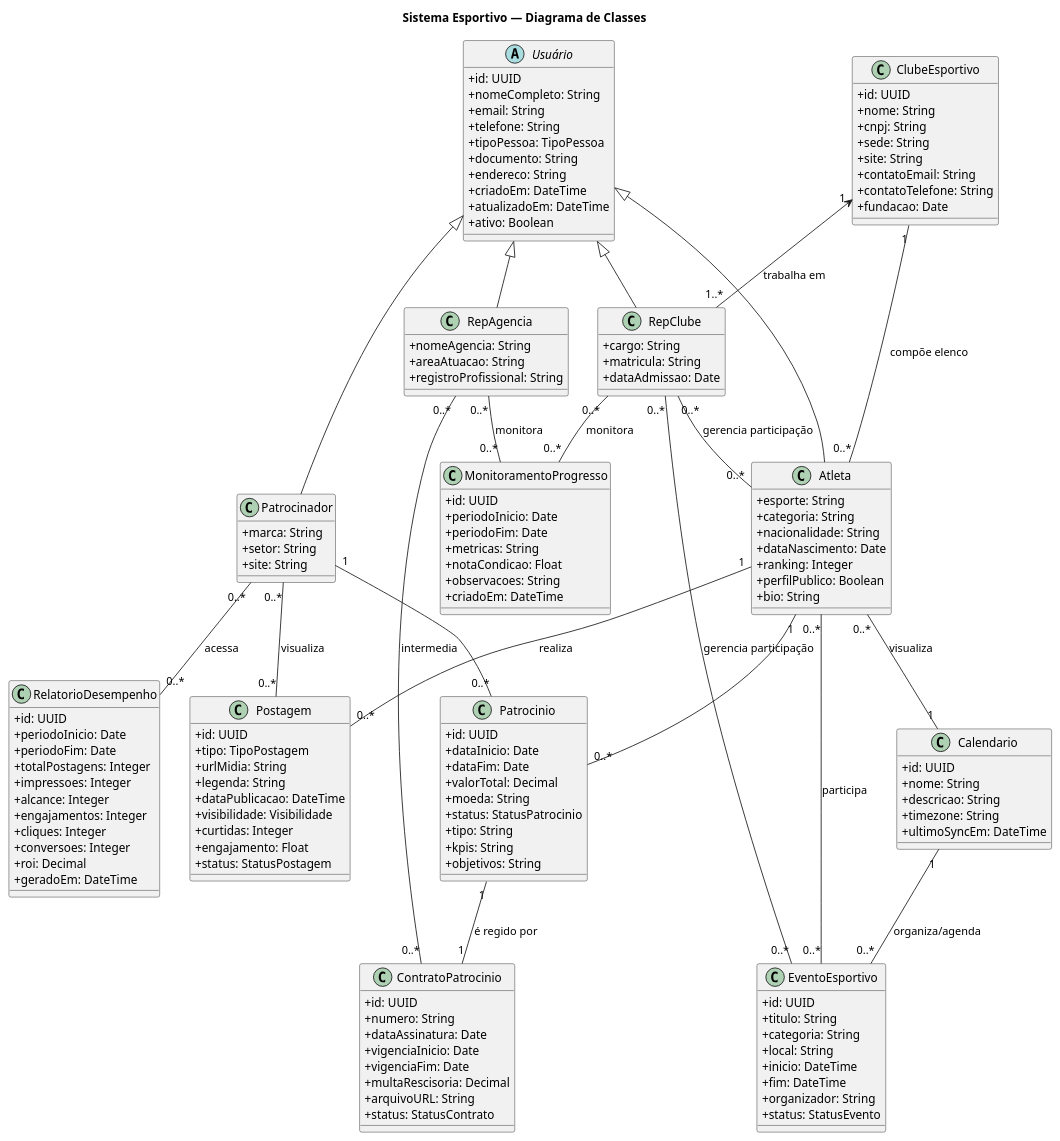
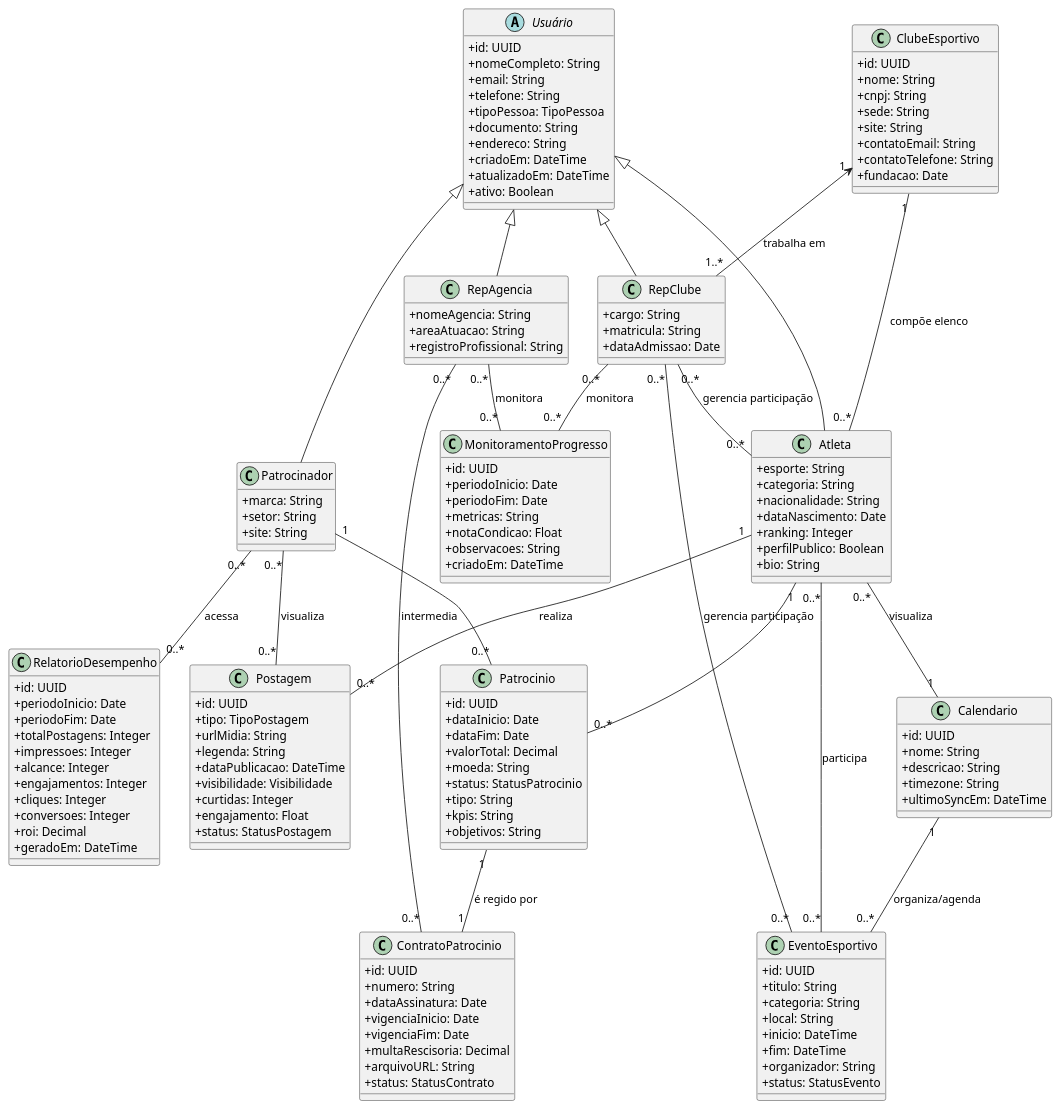
The diagram in DescricaoAtividadesRealizadas/AvaliacaoDiretrizes/Sistema1-Atletas/diagramaClasses-atletas.puml (carloshenriquehannas/TCC), drawn with PlantUML before and after one commit. The commit also changed 25 other files, not shown here.

```diff
--- a/DescricaoAtividadesRealizadas/AvaliacaoDiretrizes/Sistema1-Atletas/diagramaClasses-atletas.puml
+++ b/DescricaoAtividadesRealizadas/AvaliacaoDiretrizes/Sistema1-Atletas/diagramaClasses-atletas.puml
@@ -1,168 +1,167 @@
 @startuml diagramaClasses - atletas
-title Sistema Esportivo — Diagrama de Classes
 skinparam classAttributeIconSize 0
 
 ' ======== Papéis e atores como classes de domínio ========
 abstract class Usuário {
   +id: UUID
   +nomeCompleto: String
   +email: String
   +telefone: String
   +tipoPessoa: TipoPessoa           
   +documento: String                
   +endereco: String
   +criadoEm: DateTime
   +atualizadoEm: DateTime
   +ativo: Boolean
 }
 
 class Atleta {
   +esporte: String
   +categoria: String                
   +nacionalidade: String
   +dataNascimento: Date
   +ranking: Integer
   +perfilPublico: Boolean
   +bio: String
 }
 
 class Patrocinador {
   +marca: String
   +setor: String                    
   +site: String
 }
 
 class RepAgencia {
   +nomeAgencia: String
   +areaAtuacao: String
   +registroProfissional: String
 }
 
 class RepClube {
   +cargo: String
   +matricula: String
   +dataAdmissao: Date
 }
 
 ' Herança já definida
 Usuário <|-- Atleta
 Usuário <|-- Patrocinador
 Usuário <|-- RepAgencia
 Usuário <|-- RepClube
 
 ' ======== Conteúdo & Publicações ========
 class Postagem {
   +id: UUID
   +tipo: TipoPostagem               
   +urlMidia: String
   +legenda: String
   +dataPublicacao: DateTime
   +visibilidade: Visibilidade       
   +curtidas: Integer
   +engajamento: Float               
   +status: StatusPostagem           
 }
 
 ' ======== Interações & Relatórios ========
 class RelatorioDesempenho {
   +id: UUID
   +periodoInicio: Date
   +periodoFim: Date
   +totalPostagens: Integer
   +impressoes: Integer
   +alcance: Integer
   +engajamentos: Integer
   +cliques: Integer
   +conversoes: Integer
   +roi: Decimal
   +geradoEm: DateTime
 }
 
 ' ======== Calendário & Eventos ========
 class Calendario {
   +id: UUID
   +nome: String
   +descricao: String
   +timezone: String
   +ultimoSyncEm: DateTime
 }
 
 class EventoEsportivo {
   +id: UUID
   +titulo: String
   +categoria: String                
   +local: String
   +inicio: DateTime
   +fim: DateTime
   +organizador: String
   +status: StatusEvento             
 }
 
 ' ======== Patrocínios & Contratos ========
 class Patrocinio {
   +id: UUID
   +dataInicio: Date
   +dataFim: Date
   +valorTotal: Decimal
   +moeda: String
   +status: StatusPatrocinio         
   +tipo: String                     
   +kpis: String                     
   +objetivos: String
 }
 
 class ContratoPatrocinio {
   +id: UUID
   +numero: String
   +dataAssinatura: Date
   +vigenciaInicio: Date
   +vigenciaFim: Date
   +multaRescisoria: Decimal
   +arquivoURL: String
   +status: StatusContrato           
 }
 
 ' ======== Monitoramento ========
 class MonitoramentoProgresso {
   +id: UUID
   +periodoInicio: Date
   +periodoFim: Date
   +metricas: String                 
   +notaCondicao: Float
   +observacoes: String
   +criadoEm: DateTime
 }
 
 ' ======== Clube ========
 class ClubeEsportivo {
   +id: UUID
   +nome: String
   +cnpj: String
   +sede: String
   +site: String
   +contatoEmail: String
   +contatoTelefone: String
   +fundacao: Date
 }
 
 ' ======== Relações previamente definidas (mantidas) ========
 ClubeEsportivo "1" <-- "1..*" RepClube : trabalha em
 Patrocinador "1" -- "0..*" Patrocinio
 Atleta       "1" -- "0..*" Patrocinio
 Patrocinador "0..*" -- "0..*" Postagem : visualiza
 ClubeEsportivo "1" -- "0..*" Atleta : compõe elenco
 Atleta "0..*" -- "0..*" EventoEsportivo : participa
 Calendario "1" -- "0..*" EventoEsportivo : organiza/agenda
 
 ' ======== Complementações anteriores (mantidas) ========
 Atleta "1" -- "0..*" Postagem : realiza
 Patrocinio "1" -- "1" ContratoPatrocinio : é regido por
 RepClube "0..*" -- "0..*" Atleta : gerencia participação
 RepClube "0..*" -- "0..*" EventoEsportivo : gerencia participação
 Atleta "0..*" -- "1" Calendario : visualiza
 RepAgencia "0..*" -- "0..*" ContratoPatrocinio : intermedia
 RepClube   "0..*" -- "0..*" MonitoramentoProgresso : monitora
 RepAgencia "0..*" -- "0..*" MonitoramentoProgresso : monitora
 Patrocinador "0..*" -- "0..*" RelatorioDesempenho : acessa
 
 @enduml
```
